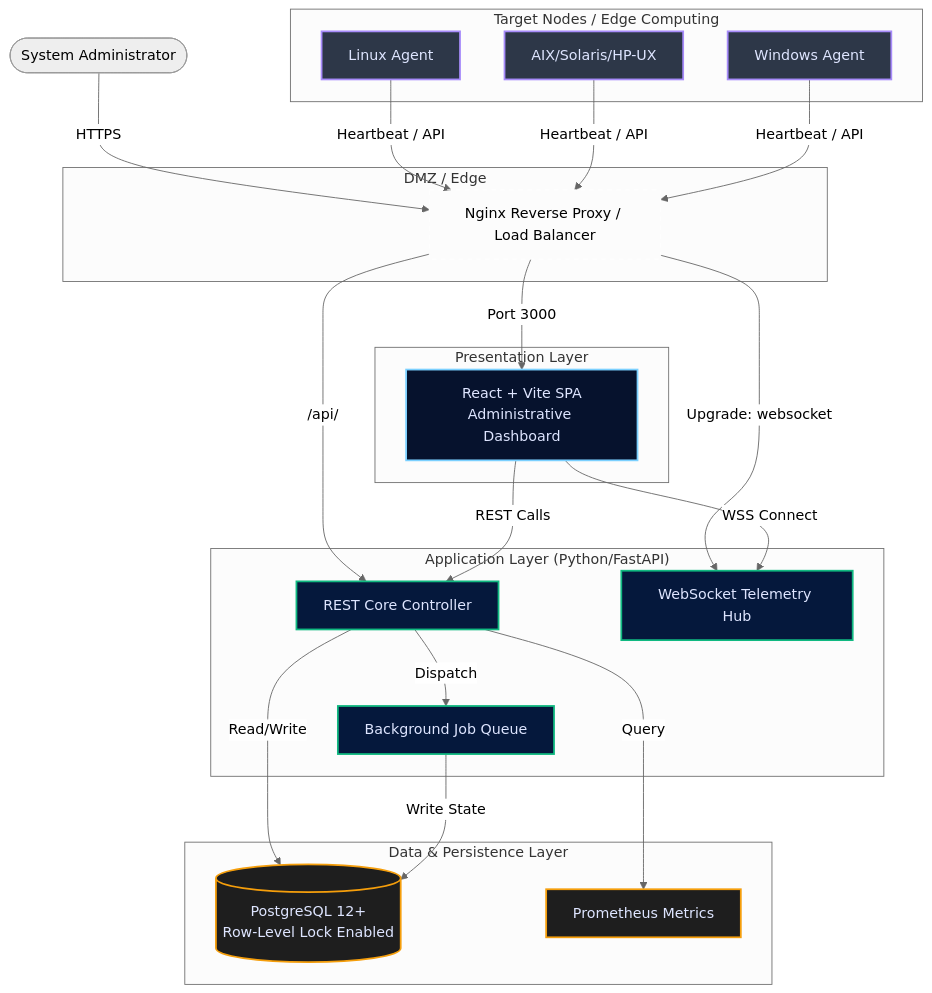
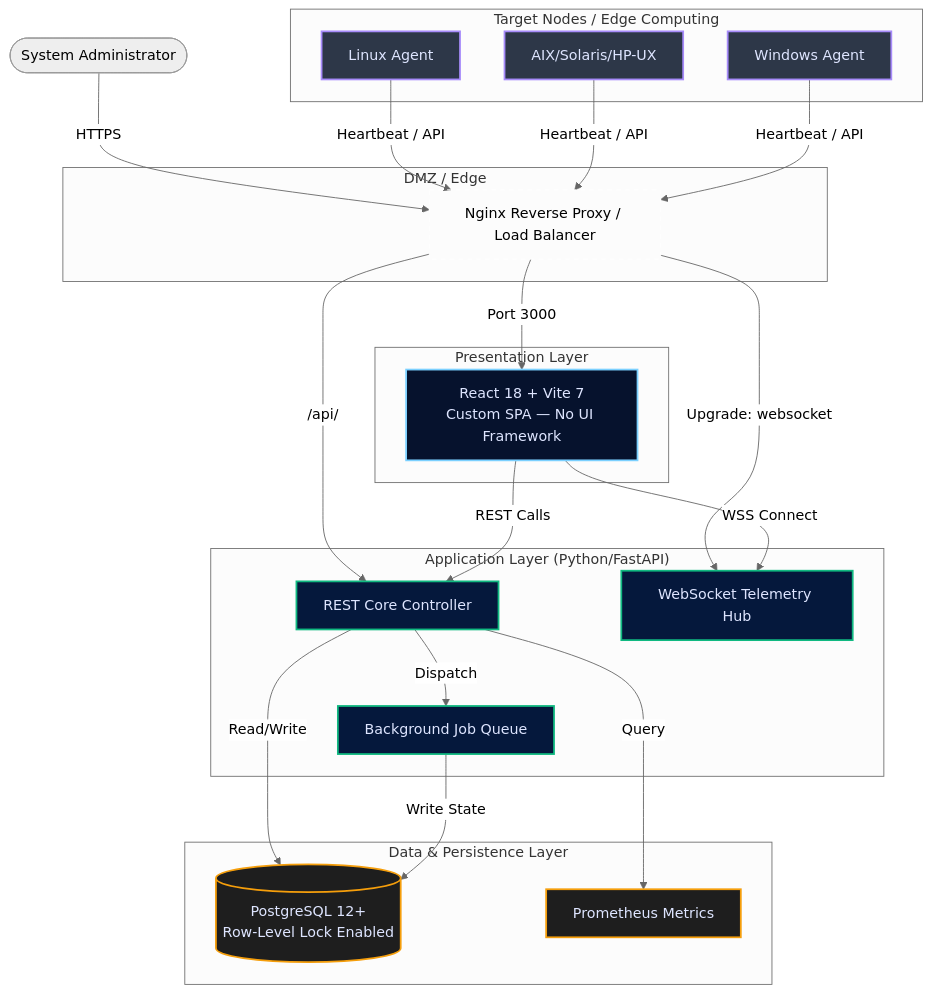
Before and after one commit to patchmastertool-ai/patchmaster: the first of 2 diagrams in README.md, drawn with Mermaid (neutral theme). The commit also changed other lines of this file, not shown here.

Commit message:
docs: Update architecture section with 100% codebase-verified frontend details

````diff
--- a/README.md
+++ b/README.md
@@ -31,55 +31,55 @@
 ```mermaid
 graph TD
     %% Define styles
     classDef frontend fill:#06122d,stroke:#7bd0ff,stroke-width:2px,color:#dee5ff;
     classDef backend fill:#05183c,stroke:#10b981,stroke-width:2px,color:#dee5ff;
     classDef db fill:#1e1e1e,stroke:#f59e0b,stroke-width:2px,color:#dee5ff;
     classDef agent fill:#2d3748,stroke:#a78bfa,stroke-width:2px,color:#dee5ff;
     classDef network fill:none,stroke:#fff,stroke-dasharray: 5 5;
     
     %% Nodes
     User([System Administrator])
     
     subgraph "DMZ / Edge"
         Nginx[Nginx Reverse Proxy / Load Balancer]:::network
     end
     
     subgraph "Presentation Layer"
-        SPA[React + Vite SPA<br/>Administrative Dashboard]:::frontend
+        SPA[React 18 + Vite 7<br/>Custom SPA — No UI Framework]:::frontend
     end
     
     subgraph "Application Layer (Python/FastAPI)"
         API[REST Core Controller]:::backend
         WS[WebSocket Telemetry Hub]:::backend
         Tasks[Background Job Queue]:::backend
     end
     
     subgraph "Data & Persistence Layer"
         Postgres[(PostgreSQL 12+<br/>Row-Level Lock Enabled)]:::db
         Prometheus[Prometheus Metrics]:::db
     end
     
     subgraph "Target Nodes / Edge Computing"
         Linux[Linux Agent]:::agent
         Unix[AIX/Solaris/HP-UX]:::agent
         Win[Windows Agent]:::agent
     end
     
     %% Relationships
     User -- HTTPS --> Nginx
     Nginx -- Port 3000 --> SPA
     Nginx -- /api/ --> API
     Nginx -- Upgrade: websocket --> WS
     
     SPA -- REST Calls --> API
     SPA -- WSS Connect --> WS
     
     API -- Read/Write --> Postgres
     API -- Dispatch --> Tasks
     API -- Query --> Prometheus
     Tasks -- Write State --> Postgres
     
     Linux -- Heartbeat / API --> Nginx
     Unix -- Heartbeat / API --> Nginx
     Win -- Heartbeat / API --> Nginx
 ```
````
